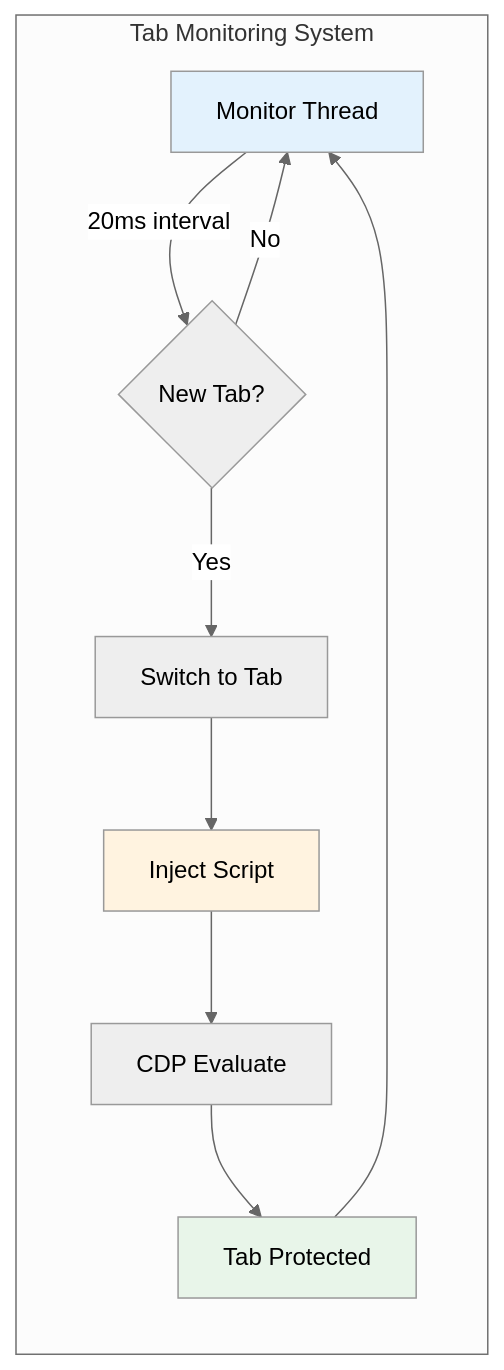
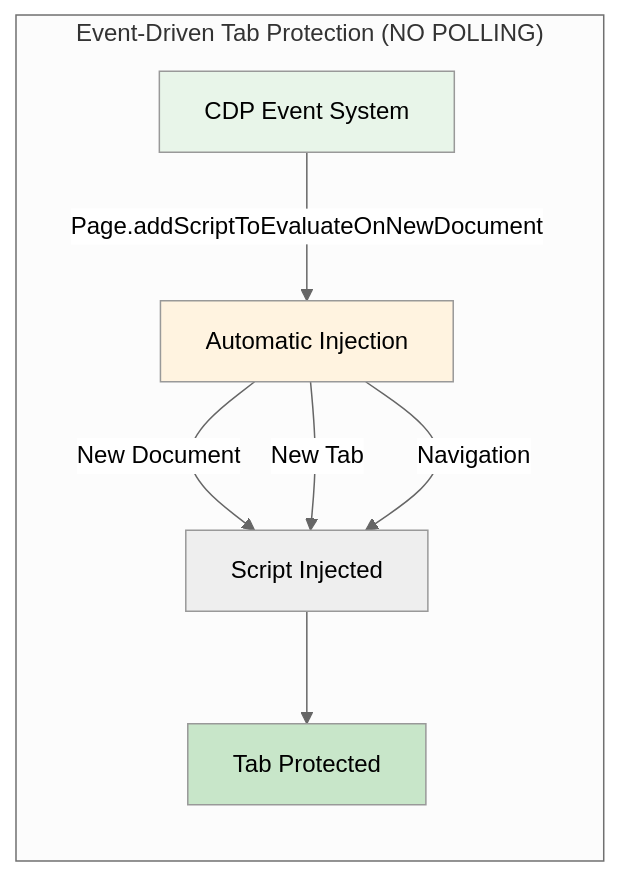
One commit to Independent-AI-Labs/AMI-WEB changed the third of 6 diagrams in ARCHITECTURE.md. Above: the diagram before and after it, drawn with Mermaid (neutral theme). The commit also changed other lines of this file and 4 other files, not shown here.

````diff
--- a/ARCHITECTURE.md
+++ b/ARCHITECTURE.md
@@ -290,16 +321,14 @@
 ```mermaid
 flowchart LR
-    subgraph "Tab Monitoring System"
-        Monitor[Monitor Thread] -->|20ms interval| Check{New Tab?}
-        Check -->|Yes| Switch[Switch to Tab]
-        Check -->|No| Monitor
-        Switch --> Inject[Inject Script]
-        Inject --> CDP[CDP Evaluate]
-        CDP --> Success[Tab Protected]
-        Success --> Monitor
+    subgraph "Event-Driven Tab Protection (NO POLLING)"
+        CDP[CDP Event System] -->|Page.addScriptToEvaluateOnNewDocument| Auto[Automatic Injection]
+        Auto -->|New Document| Inject[Script Injected]
+        Auto -->|New Tab| Inject
+        Auto -->|Navigation| Inject
+        Inject --> Protected[Tab Protected]
     end
     
-    style Monitor fill:#e3f2fd
-    style Inject fill:#fff3e0
-    style Success fill:#e8f5e9
+    style CDP fill:#e8f5e9
+    style Auto fill:#fff3e0
+    style Protected fill:#c8e6c9
 ```
````
